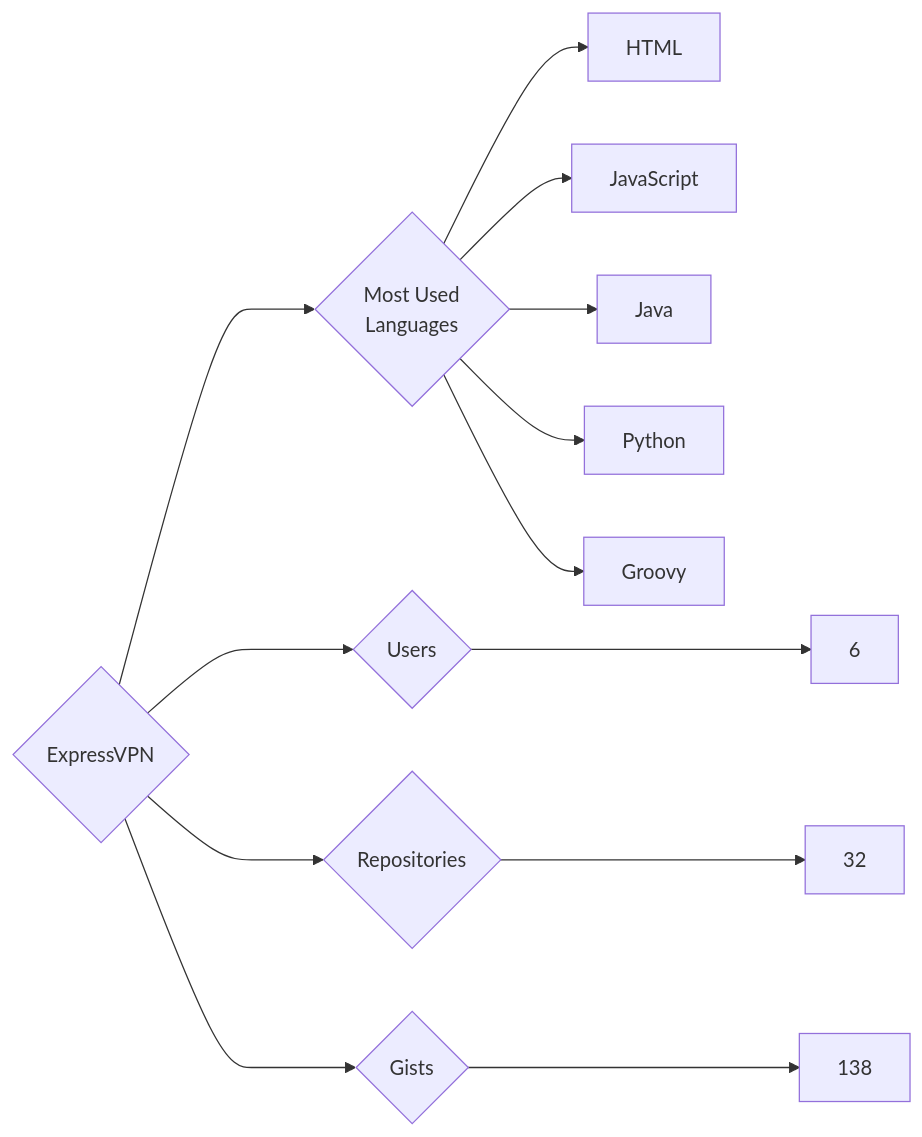
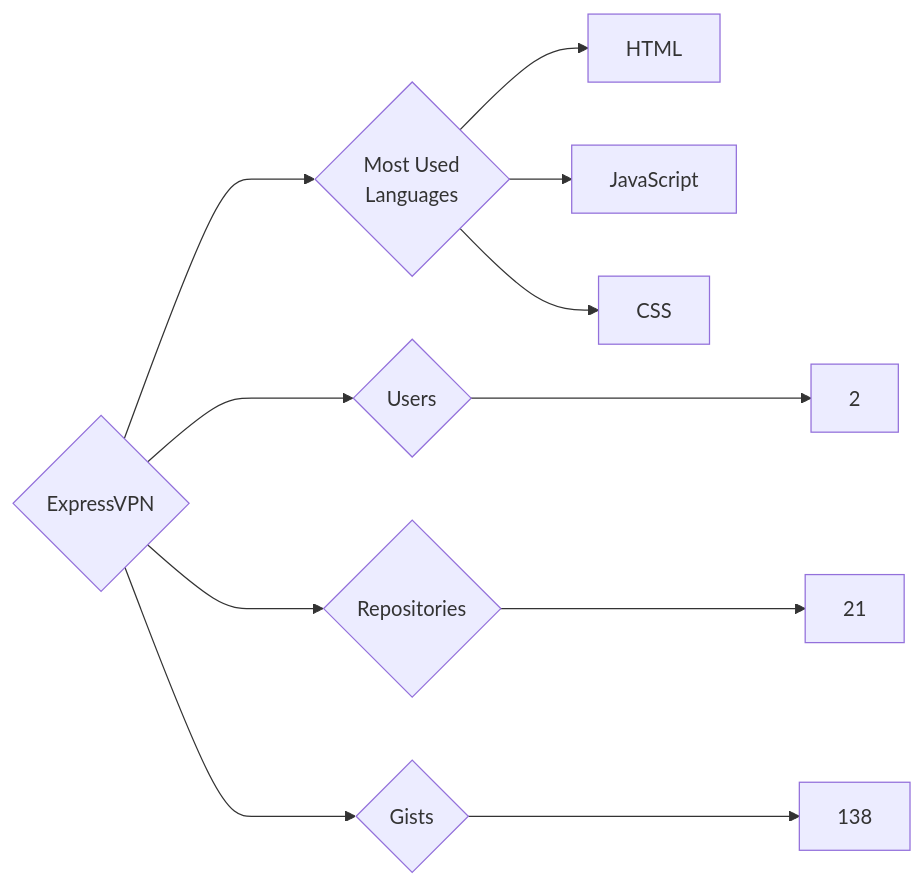
One commit to trickest/insiders changed the diagram in targets/ExpressVPN/README.md. Above: the diagram before and after it, drawn with Mermaid. The commit also changed 938 other files, not shown here.

````diff
--- a/targets/ExpressVPN/README.md
+++ b/targets/ExpressVPN/README.md
@@ -3,13 +3,11 @@
 ```mermaid
 graph LR
 COMPANY_NAME{ExpressVPN}
-COMPANY_NAME ---> U{Users} ---> UN[6]
-COMPANY_NAME ---> R{Repositories} ---> RN[32]
+COMPANY_NAME ---> U{Users} ---> UN[2]
+COMPANY_NAME ---> R{Repositories} ---> RN[21]
 COMPANY_NAME ---> G{Gists} ---> GN[138]
 COMPANY_NAME ---> ML{Most Used<br>Languages}
 ML --> HTML[HTML]
 ML --> JavaScript[JavaScript]
-ML --> Java[Java]
-ML --> Python[Python]
-ML --> Groovy[Groovy]
+ML --> CSS[CSS]
 ```
````
